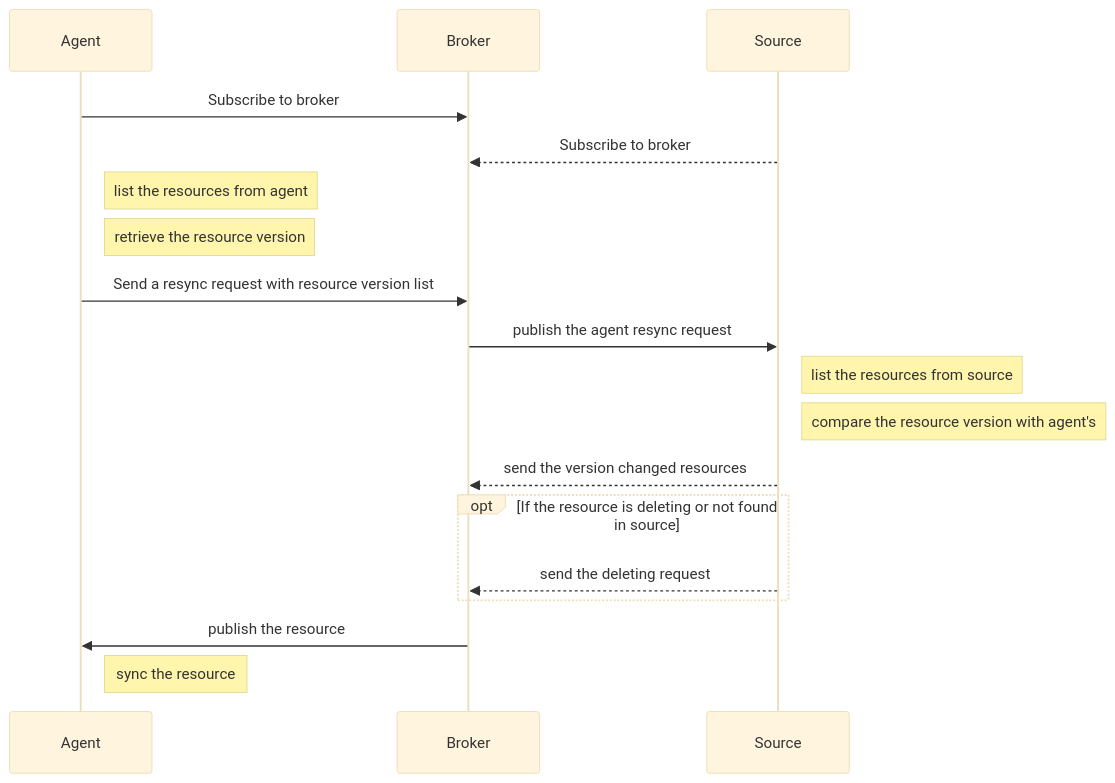
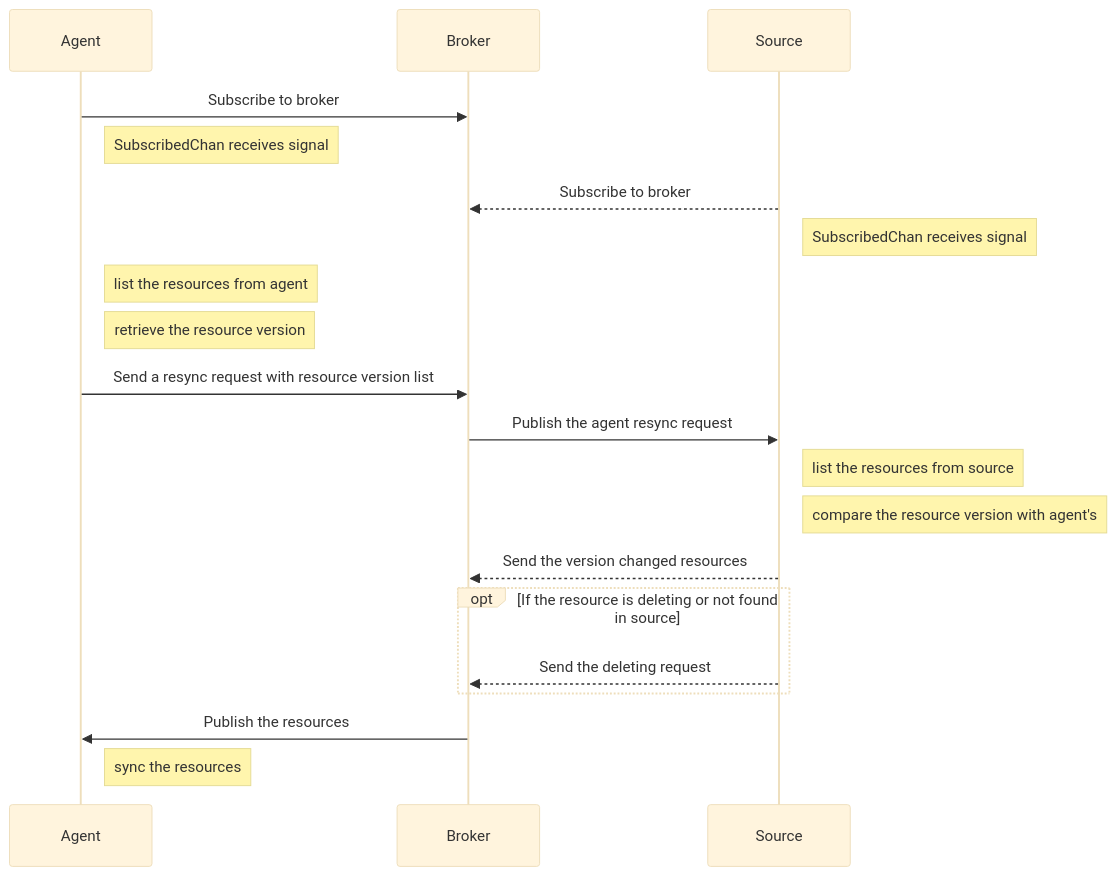
The sixth of 10 diagrams in pkg/cloudevents/doc/design.md (open-cluster-management-io/sdk-go), drawn with Mermaid (base theme) before and after one commit. The commit also changed other lines of this file and 2 other files, not shown here.

````diff
--- a/pkg/cloudevents/doc/design.md
+++ b/pkg/cloudevents/doc/design.md
@@ -159,18 +196,20 @@
 ```mermaid
 sequenceDiagram
 
 Agent->>Broker: Subscribe to broker
+Note right of Agent: SubscribedChan receives signal
 Source-->>Broker: Subscribe to broker
+Note right of Source: SubscribedChan receives signal
 Note right of Agent: list the resources from agent
 Note right of Agent: retrieve the resource version
 Agent->>Broker: Send a resync request with resource version list
-Broker->>Source: publish the agent resync request
+Broker->>Source: Publish the agent resync request
 Note right of Source: list the resources from source
 Note right of Source: compare the resource version with agent's
-Source-->>Broker: send the version changed resources
+Source-->>Broker: Send the version changed resources
 opt If the resource is deleting or not found in source
-    Source-->>Broker: send the deleting request
+    Source-->>Broker: Send the deleting request
 end
-Broker->>Agent: publish the resource
-Note right of Agent: sync the resource
+Broker->>Agent: Publish the resources
+Note right of Agent: sync the resources
 ```
````
